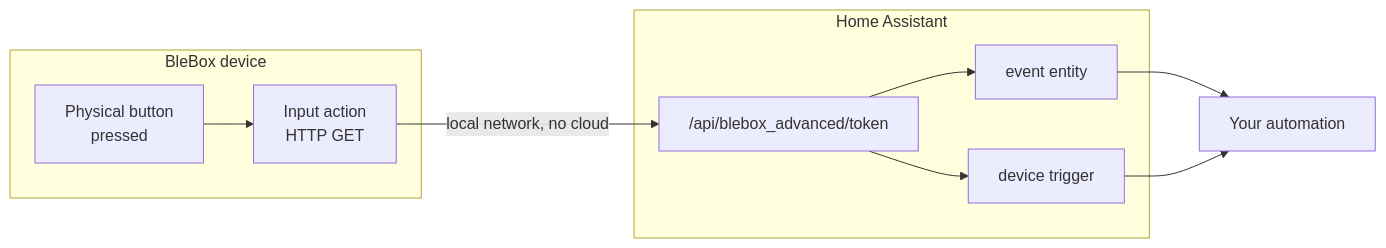
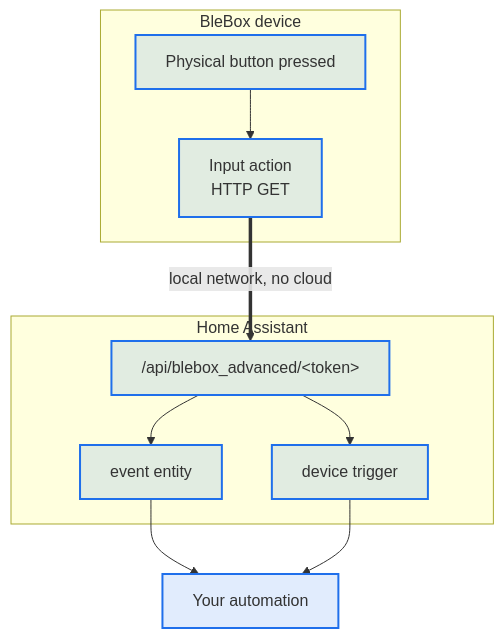
The diagram in README.md (sdebasek/blebox-advanced), drawn with Mermaid before and after one commit. The commit also changed other lines of this file and 4 other files, not shown here.

````diff
--- a/README.md
+++ b/README.md
@@ -11,13 +16,24 @@
 ```mermaid
-flowchart LR
+flowchart TD
     subgraph dev["BleBox device"]
-        B["Physical button<br/>pressed"] --> ACT["Input action<br/>HTTP GET"]
+        B["Physical button pressed"]
+        ACT["Input action<br/>HTTP GET"]
+        B --> ACT
     end
+
+    ACT ==>|"local network, no cloud"| EP
+
     subgraph ha["Home Assistant"]
-        EP["/api/blebox_advanced/token"] --> EV["event entity"]
-        EP --> DT["device trigger"]
+        EP["/api/blebox_advanced/&lt;token&gt;"]
+        EV["event entity"]
+        DT["device trigger"]
+        EP --> EV
+        EP --> DT
     end
-    ACT -->|"local network, no cloud"| EP
+
     EV --> AUTO["Your automation"]
     DT --> AUTO
+
+    classDef box fill:#1f6feb22,stroke:#1f6feb,stroke-width:2px
+    class B,ACT,EP,EV,DT,AUTO box
 ```
````
